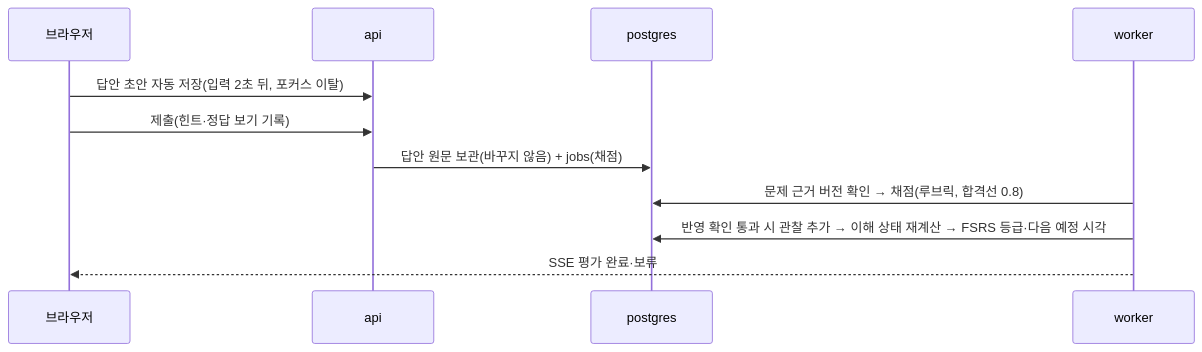
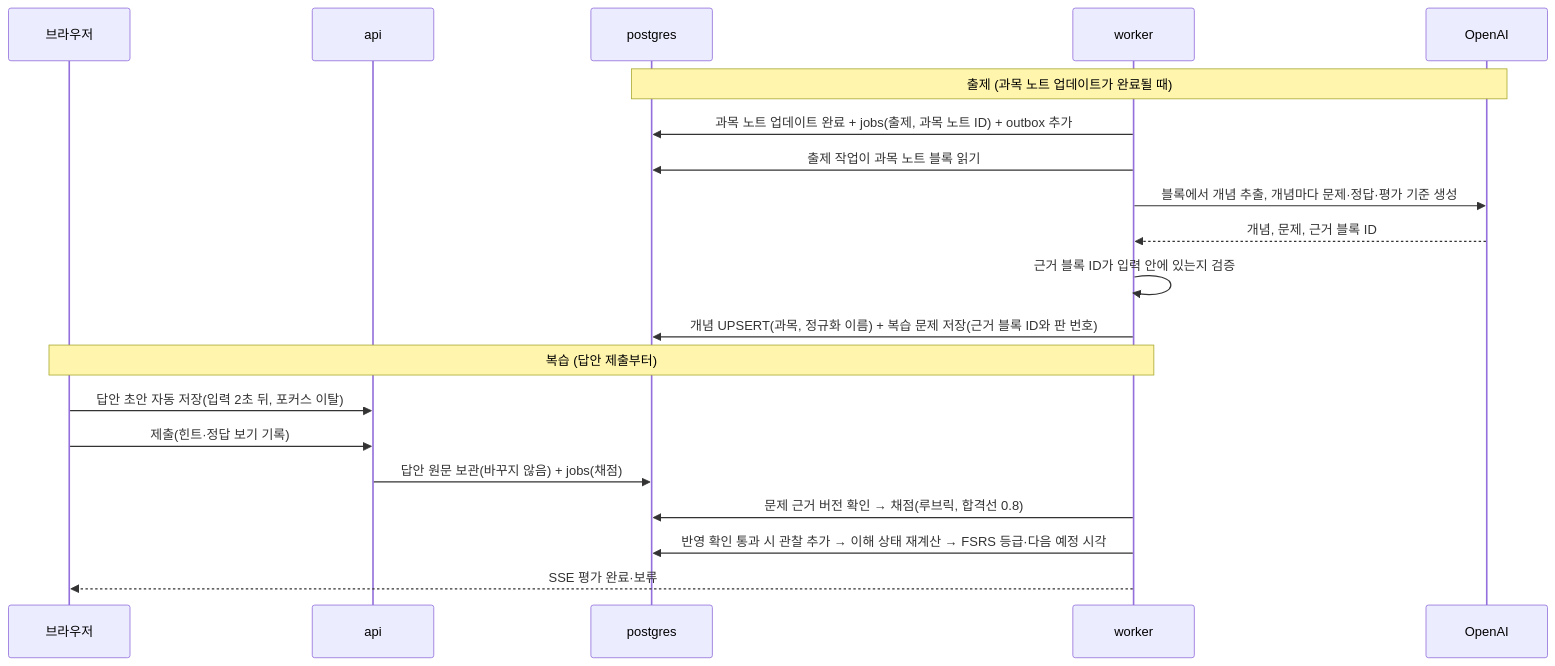
One commit to MinGyu-Kim0/notree changed the ninth of 11 diagrams in docs/architecture.md. Above: the diagram before and after it, drawn with Mermaid. The commit also changed other lines of this file and 5 other files, not shown here.

````diff
--- a/docs/architecture.md
+++ b/docs/architecture.md
@@ -281,13 +300,22 @@
 ```mermaid
 sequenceDiagram
   participant B as 브라우저
   participant A as api
   participant P as postgres
   participant K as worker
+  participant CL as OpenAI
+  Note over P,CL: 출제 (과목 노트 업데이트가 완료될 때)
+  K->>P: 과목 노트 업데이트 완료 + jobs(출제, 과목 노트 ID) + outbox 추가
+  K->>P: 출제 작업이 과목 노트 블록 읽기
+  K->>CL: 블록에서 개념 추출, 개념마다 문제·정답·평가 기준 생성
+  CL-->>K: 개념, 문제, 근거 블록 ID
+  K->>K: 근거 블록 ID가 입력 안에 있는지 검증
+  K->>P: 개념 UPSERT(과목, 정규화 이름) + 복습 문제 저장(근거 블록 ID와 판 번호)
+  Note over B,K: 복습 (답안 제출부터)
   B->>A: 답안 초안 자동 저장(입력 2초 뒤, 포커스 이탈)
   B->>A: 제출(힌트·정답 보기 기록)
   A->>P: 답안 원문 보관(바꾸지 않음) + jobs(채점)
   K->>P: 문제 근거 버전 확인 → 채점(루브릭, 합격선 0.8)
   K->>P: 반영 확인 통과 시 관찰 추가 → 이해 상태 재계산 → FSRS 등급·다음 예정 시각
   K-->>B: SSE 평가 완료·보류
 ```
````
